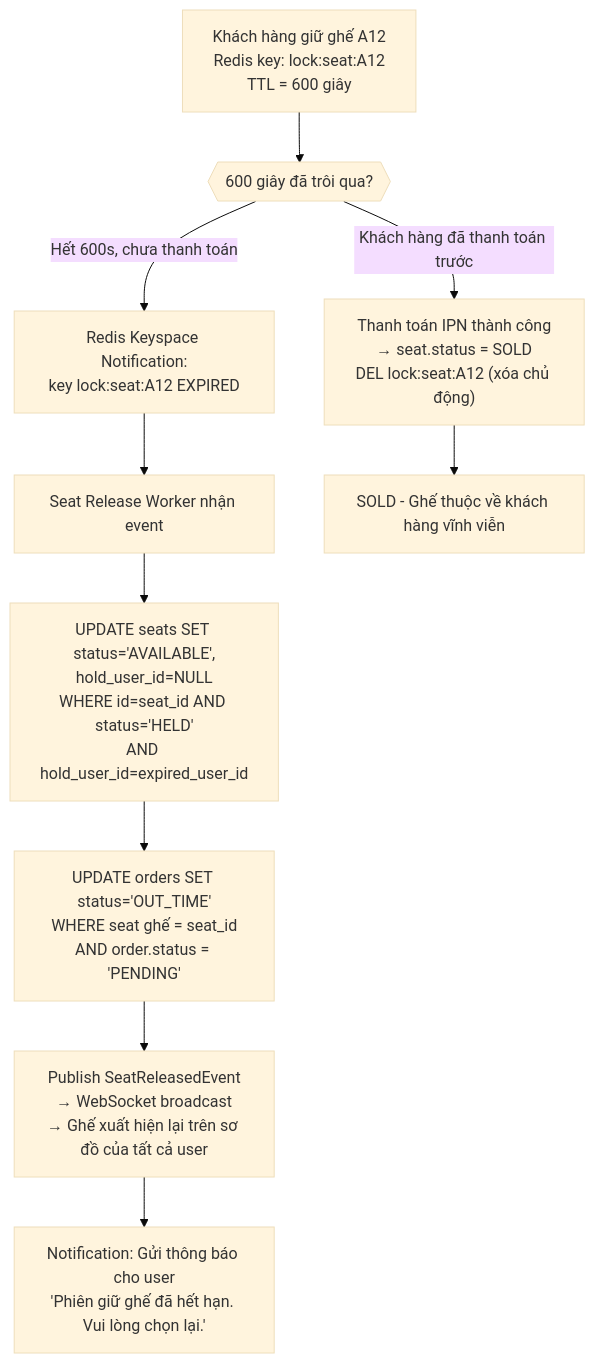
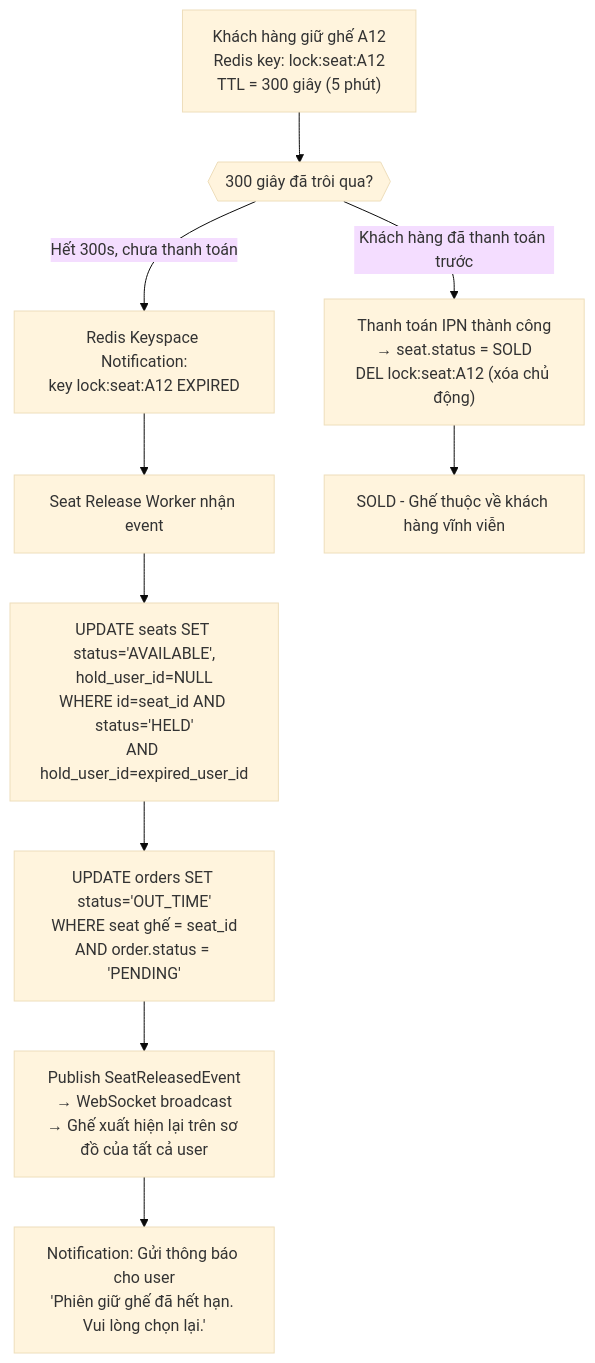
Before and after one commit to toanteng11/concert-ticketing-docs: the sixth of 7 diagrams in business-analysis/02_State_Machines_And_Workflows/02_Business_Flows/BF02_Seat_Selection_And_Double_Booking_Prevention.md, drawn with Mermaid (base theme). The commit also changed other lines of this file and 43 other files, not shown here.

````diff
--- a/business-analysis/02_State_Machines_And_Workflows/02_Business_Flows/BF02_Seat_Selection_And_Double_Booking_Prevention.md
+++ b/business-analysis/02_State_Machines_And_Workflows/02_Business_Flows/BF02_Seat_Selection_And_Double_Booking_Prevention.md
@@ -157,16 +157,16 @@
 ```mermaid
 flowchart TD
-    A["Khách hàng giữ ghế A12\nRedis key: lock:seat:A12\nTTL = 600 giây"] --> B{{"600 giây đã trôi qua?"}}
+    A["Khách hàng giữ ghế A12\nRedis key: lock:seat:A12\nTTL = 300 giây (5 phút)"] --> B{{"300 giây đã trôi qua?"}}
 
     B -->|Khách hàng đã thanh toán trước| C["Thanh toán IPN thành công\n→ seat.status = SOLD\nDEL lock:seat:A12 (xóa chủ động)"]
 
-    B -->|Hết 600s, chưa thanh toán| D["Redis Keyspace Notification:\nkey lock:seat:A12 EXPIRED"]
+    B -->|Hết 300s, chưa thanh toán| D["Redis Keyspace Notification:\nkey lock:seat:A12 EXPIRED"]
 
     D --> E["Seat Release Worker nhận event"]
     E --> F["UPDATE seats SET status='AVAILABLE',\nhold_user_id=NULL\nWHERE id=seat_id AND status='HELD'\nAND hold_user_id=expired_user_id"]
     F --> G["UPDATE orders SET status='OUT_TIME'\nWHERE seat ghế = seat_id\nAND order.status = 'PENDING'"]
     G --> H["Publish SeatReleasedEvent\n→ WebSocket broadcast\n→ Ghế xuất hiện lại trên sơ đồ của tất cả user"]
     H --> I["Notification: Gửi thông báo cho user\n'Phiên giữ ghế đã hết hạn. Vui lòng chọn lại.'"]
 
     C --> J["SOLD - Ghế thuộc về khách hàng vĩnh viễn"]
 ```
````
